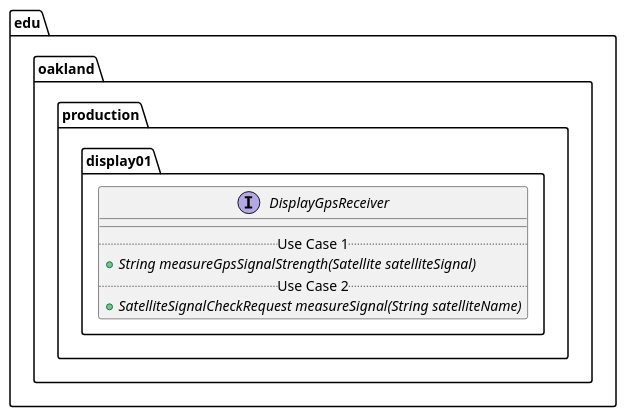
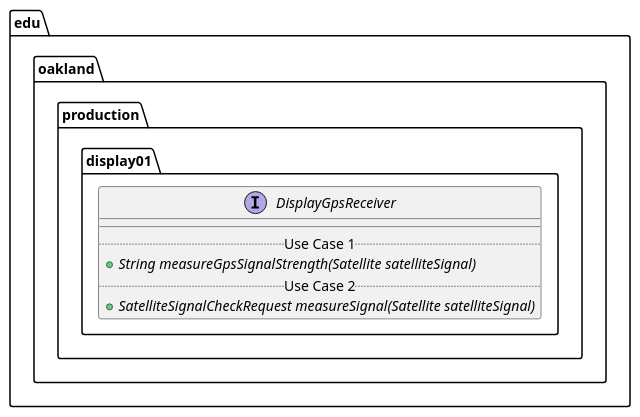
The diagram in docs/uml-class-diagrams/display01/production/DisplayGpsReceiver/DisplayGpsReceiver.puml (andrewdimmer/csi-3370-software-project), drawn with PlantUML before and after one commit. The commit also changed 4 other files, not shown here.

```diff
--- a/docs/uml-class-diagrams/display01/production/DisplayGpsReceiver/DisplayGpsReceiver.puml
+++ b/docs/uml-class-diagrams/display01/production/DisplayGpsReceiver/DisplayGpsReceiver.puml
@@ -1,13 +1,13 @@
 @startuml DisplayGpsReceiver
 
 package edu.oakland.production.display01 {
     interface DisplayGpsReceiver {
         __
         .. Use Case 1 ..
         {abstract} + String measureGpsSignalStrength(Satellite satelliteSignal)
         .. Use Case 2 ..
-        {abstract} + SatelliteSignalCheckRequest measureSignal(String satelliteName)
+        {abstract} + SatelliteSignalCheckRequest measureSignal(Satellite satelliteSignal)
     }
 }
 
 @enduml
```
